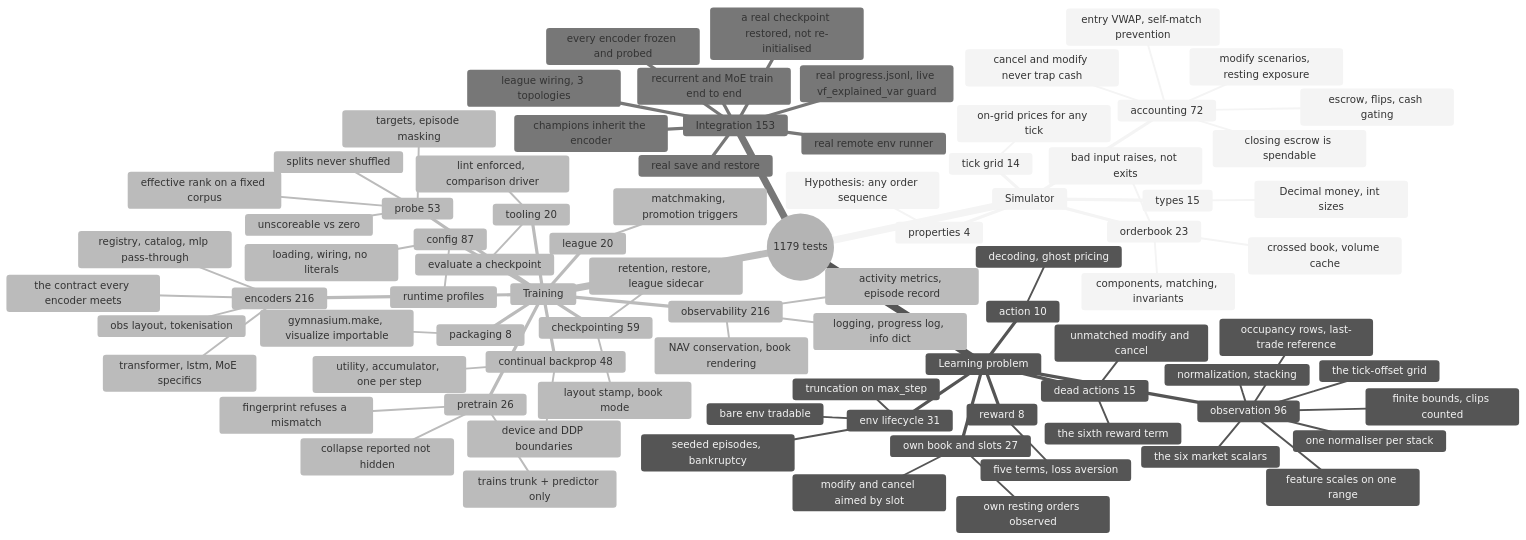
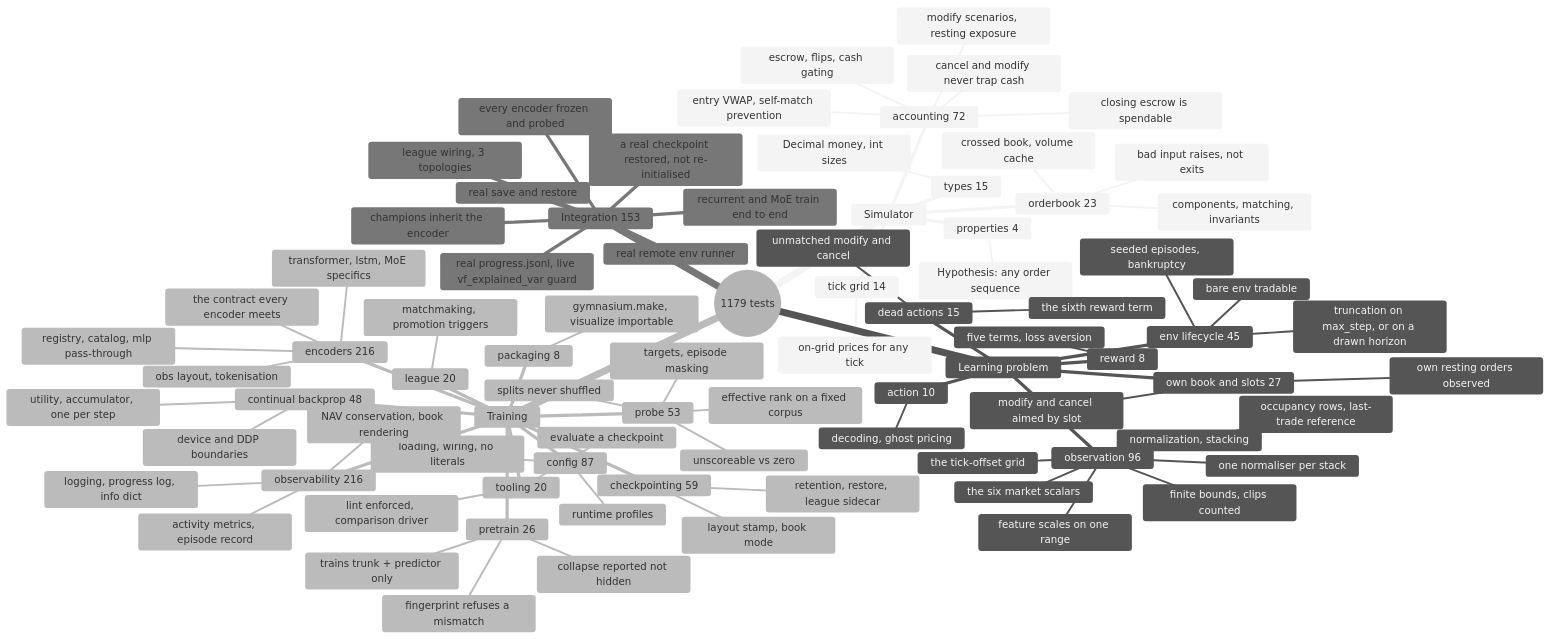
One commit to ChuaCheowHuan/gym-continuousDoubleAuction changed the diagram in doc/10_testing.md. Above: the diagram before and after it, drawn with Mermaid (neutral theme). The commit also changed other lines of this file and 15 other files, not shown here.

```diff
--- a/doc/10_testing.md
+++ b/doc/10_testing.md
@@ -170,9 +171,9 @@
       own book and slots 27
         own resting orders observed
         modify and cancel aimed by slot
-      env lifecycle 31
+      env lifecycle 45
         bare env tradable
-        truncation on max_step
+        truncation on max_step, or on a drawn horizon
         seeded episodes, bankruptcy
     Training
       config 87
```
